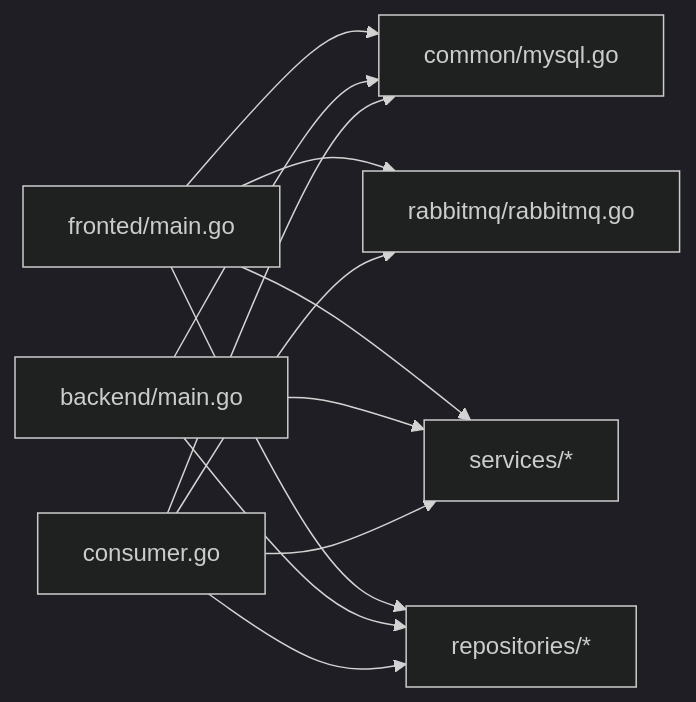
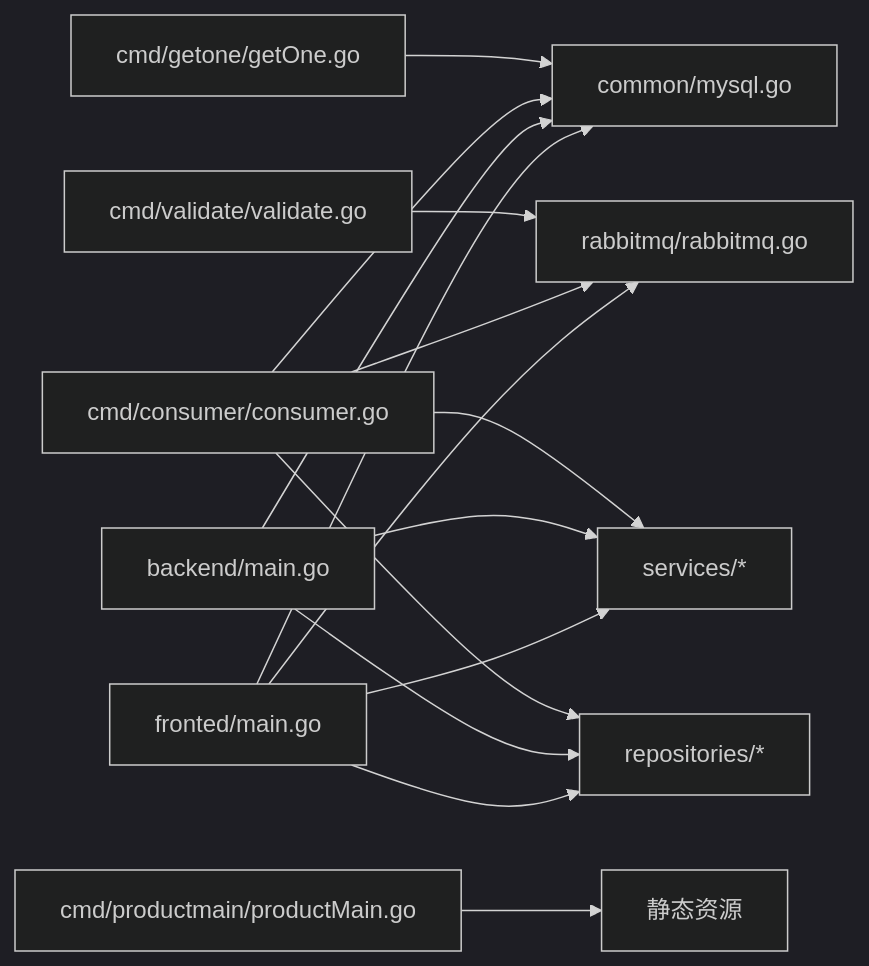
The eighth of 8 diagrams in .qoder/repowiki/zh/content/快速开始.md (gbtdesign/e-commerce-t), drawn with Mermaid (dark theme) before and after one commit. The commit also changed other lines of this file and 53 other files, not shown here.

````diff
--- a/.qoder/repowiki/zh/content/快速开始.md
+++ b/.qoder/repowiki/zh/content/快速开始.md
@@ -311,14 +337,17 @@
 ```mermaid
 graph LR
 FE["fronted/main.go"] --> DB["common/mysql.go"]
 FE --> MQ["rabbitmq/rabbitmq.go"]
 FE --> SVC["services/*"]
 FE --> REPO["repositories/*"]
 BE["backend/main.go"] --> DB
 BE --> SVC
 BE --> REPO
-CON["consumer.go"] --> DB
+CON["cmd/consumer/consumer.go"] --> DB
 CON --> MQ
 CON --> SVC
 CON --> REPO
+GETONE["cmd/getone/getOne.go"] --> DB
+VALIDATE["cmd/validate/validate.go"] --> MQ
+PRODUCTMAIN["cmd/productmain/productMain.go"] --> STATIC["静态资源"]
 ```
````
